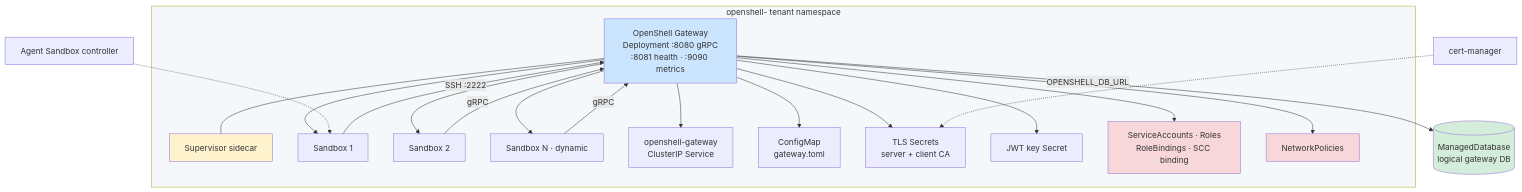
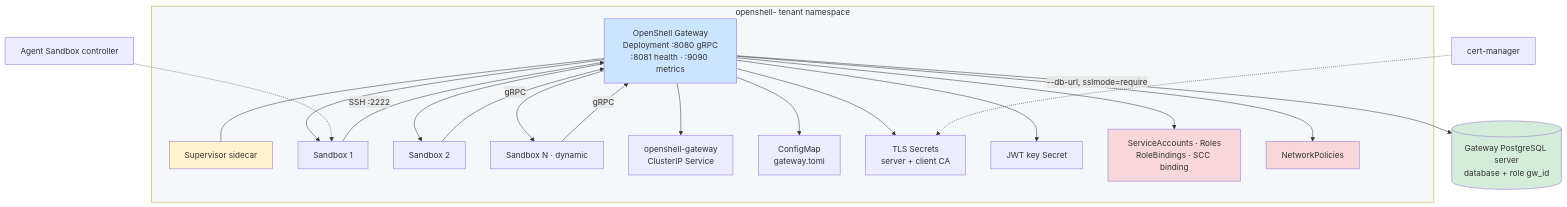
The diagram in docs/architecture/source/gateway-workload.md (jonmosco/hypershell), drawn with Mermaid before and after one commit. The commit also changed 267 other files, not shown here.

````diff
--- a/docs/architecture/source/gateway-workload.md
+++ b/docs/architecture/source/gateway-workload.md
@@ -9,39 +9,39 @@
 ```mermaid
 graph TB
   subgraph NS[openshell-<gateway-id> tenant namespace]
     GW[OpenShell Gateway<br/>Deployment :8080 gRPC<br/>:8081 health · :9090 metrics]
     SUP[Supervisor sidecar]
     S1[Sandbox 1]
     S2[Sandbox 2]
     SN[Sandbox N · dynamic]
     SVC[openshell-gateway<br/>ClusterIP Service]
     CFG[ConfigMap<br/>gateway.toml]
     TLS[TLS Secrets<br/>server + client CA]
     JWT[JWT key Secret]
     RBAC[ServiceAccounts · Roles<br/>RoleBindings · SCC binding]
     NP[NetworkPolicies]
     GW --- SUP
     GW --> SVC
     GW --> CFG
     GW --> TLS
     GW --> JWT
     GW --> RBAC
     GW --> NP
     GW --> S1
     GW --> S2
     GW --> SN
     S1 -->|SSH :2222| GW
     S2 -->|gRPC| GW
     SN -->|gRPC| GW
   end
-  DB[(ManagedDatabase<br/>logical gateway DB)]
-  GW -->|OPENSHELL_DB_URL| DB
+  DB[(Gateway PostgreSQL server<br/>database + role gw_id)]
+  GW -->|--db-url, sslmode=require| DB
   CERT[cert-manager] -.-> TLS
   AGENT[Agent Sandbox controller] -.-> S1
   style NS fill:#f5f8fa
   style GW fill:#cce5ff
   style SUP fill:#fff3cd
   style DB fill:#d4edda
   style RBAC fill:#f8d7da
   style NP fill:#f8d7da
 ```
````
